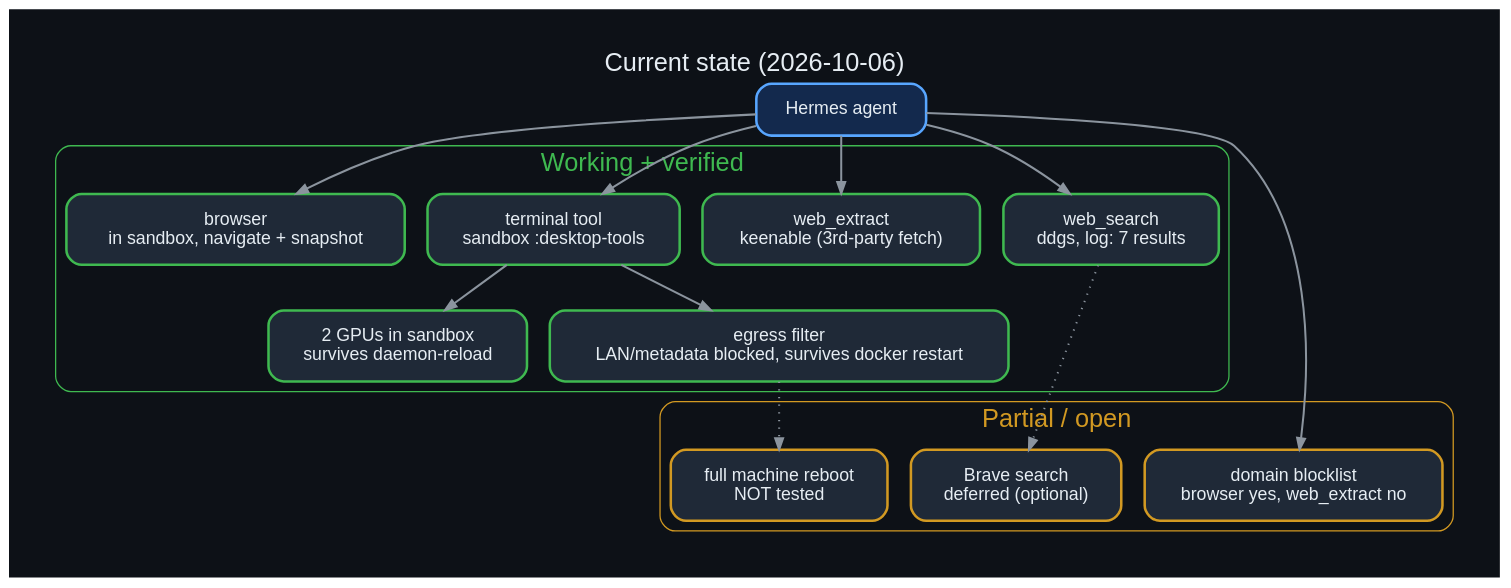
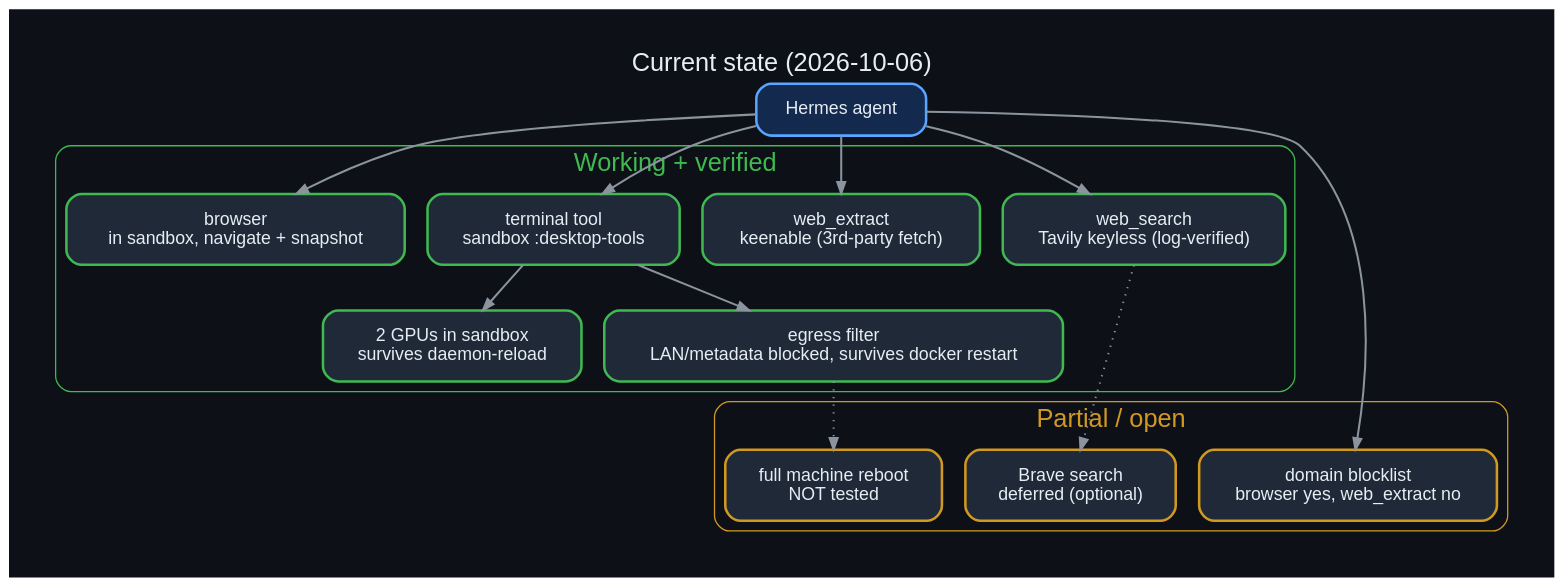
One commit to danindiana/hermes-web-search-ddgs changed the diagram in diagrams/44_current_state_dashboard.dot. Above: the diagram before and after it, drawn with Graphviz. The commit also changed 20 other files, not shown here.

Commit message:
Document Tavily keyless trial (search kept, extract rejected) and Google PSE status; diagrams 53-54

```diff
--- a/diagrams/44_current_state_dashboard.dot
+++ b/diagrams/44_current_state_dashboard.dot
@@ -1,13 +1,13 @@
 digraph g {
 graph [bgcolor="#0d1117", rankdir=LR, fontname="Helvetica", fontcolor="#e6edf3", labelloc="t", fontsize=20, pad=0.4];
 node  [fontname="Helvetica", fontcolor="#e6edf3", color="#30363d", style="filled,rounded", shape=box, penwidth=2, margin="0.25,0.18", fillcolor="#161b22"];
 edge  [color="#8b949e", fontname="Helvetica", fontcolor="#adbac7", penwidth=1.6, arrowsize=0.9];
 label="Current state (2026-10-06)";
 rankdir=TB;
 h [label="Hermes agent", color="#58a6ff", fillcolor="#13294d"];
 subgraph cluster_ok { label="Working + verified"; color="#3fb950"; fontcolor="#3fb950"; style=rounded;
- s [label="web_search\nddgs, log: 7 results", color="#3fb950", fillcolor="#1f2937"]; x [label="web_extract\nkeenable (3rd-party fetch)", color="#3fb950", fillcolor="#1f2937"]; t [label="terminal tool\nsandbox :desktop-tools", color="#3fb950", fillcolor="#1f2937"]; b [label="browser\nin sandbox, navigate + snapshot", color="#3fb950", fillcolor="#1f2937"]; g [label="2 GPUs in sandbox\nsurvives daemon-reload", color="#3fb950", fillcolor="#1f2937"]; e [label="egress filter\nLAN/metadata blocked, survives docker restart", color="#3fb950", fillcolor="#1f2937"]; }
+ s [label="web_search\nTavily keyless (log-verified)", color="#3fb950", fillcolor="#1f2937"]; x [label="web_extract\nkeenable (3rd-party fetch)", color="#3fb950", fillcolor="#1f2937"]; t [label="terminal tool\nsandbox :desktop-tools", color="#3fb950", fillcolor="#1f2937"]; b [label="browser\nin sandbox, navigate + snapshot", color="#3fb950", fillcolor="#1f2937"]; g [label="2 GPUs in sandbox\nsurvives daemon-reload", color="#3fb950", fillcolor="#1f2937"]; e [label="egress filter\nLAN/metadata blocked, survives docker restart", color="#3fb950", fillcolor="#1f2937"]; }
 subgraph cluster_p { label="Partial / open"; color="#d29922"; fontcolor="#d29922"; style=rounded;
  bl [label="domain blocklist\nbrowser yes, web_extract no", color="#d29922", fillcolor="#1f2937"]; rb [label="full machine reboot\nNOT tested", color="#d29922", fillcolor="#1f2937"]; br [label="Brave search\ndeferred (optional)", color="#d29922", fillcolor="#1f2937"]; }
 h->s; h->x; h->t; h->b; t->g; t->e; h->bl; e->rb [style=dotted]; s->br [style=dotted];
 }
```
